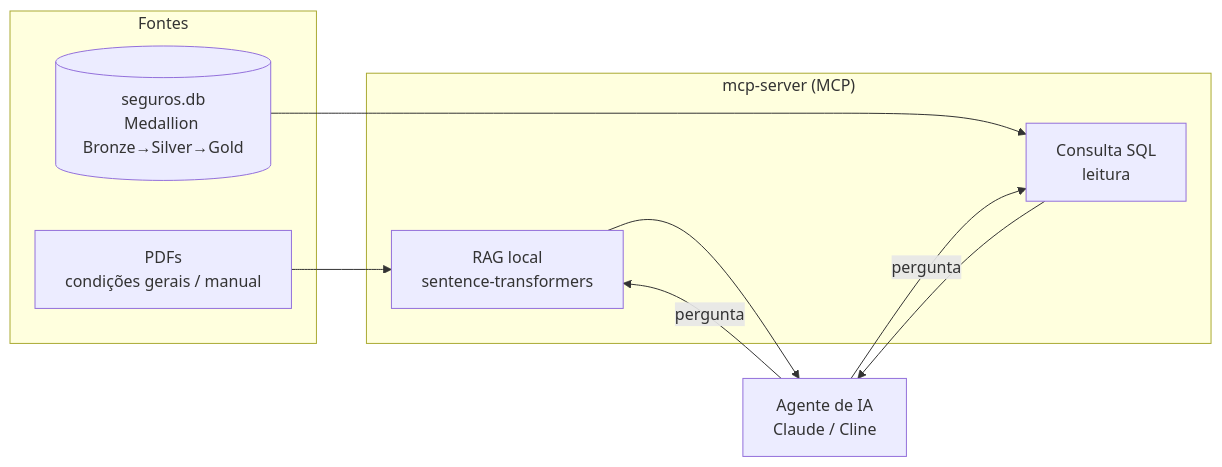
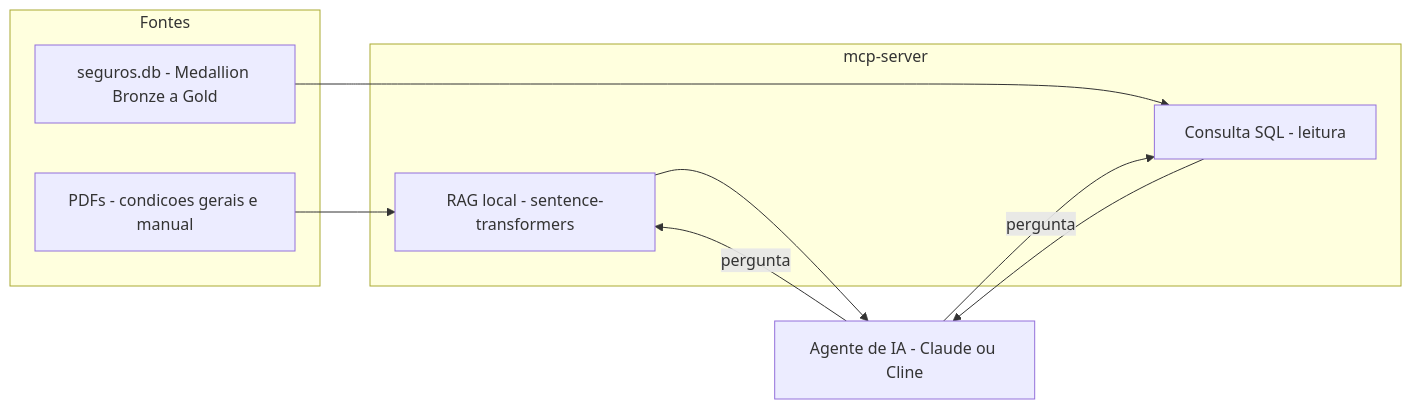
The diagram in README.md (AwanneZanca/Vivaz-Chatbot-MCP), drawn with Mermaid before and after one commit.

Commit message:
Simplifica sintaxe do diagrama mermaid por precaucao
Mesmo padrao de risco identificado no pipeline-dados-GCP-Bacen
(formas de cilindro, subgrafo com titulo entre aspas, <br/>) que
quebrou a renderizacao no GitHub. Corrige preventivamente aqui tambem.

````diff
--- a/README.md
+++ b/README.md
@@ -21,19 +21,21 @@
 ```mermaid
 flowchart LR
-    subgraph Fontes
-        PDF[PDFs<br/>condições gerais / manual]
-        DB[(seguros.db<br/>Medallion Bronze→Silver→Gold)]
+    subgraph Fontes [Fontes]
+        PDF[PDFs - condicoes gerais e manual]
+        DB[seguros.db - Medallion Bronze a Gold]
     end
-    subgraph MCP["mcp-server (MCP)"]
-        RAG[RAG local<br/>sentence-transformers]
-        SQL[Consulta SQL<br/>leitura]
+
+    subgraph MCP [mcp-server]
+        RAG[RAG local - sentence-transformers]
+        SQL[Consulta SQL - leitura]
     end
-    Agente[Agente de IA<br/>Claude / Cline]
+
+    Agente[Agente de IA - Claude ou Cline]
 
     PDF --> RAG
     DB --> SQL
     RAG --> Agente
     SQL --> Agente
     Agente -->|pergunta| RAG
     Agente -->|pergunta| SQL
 ```
````
